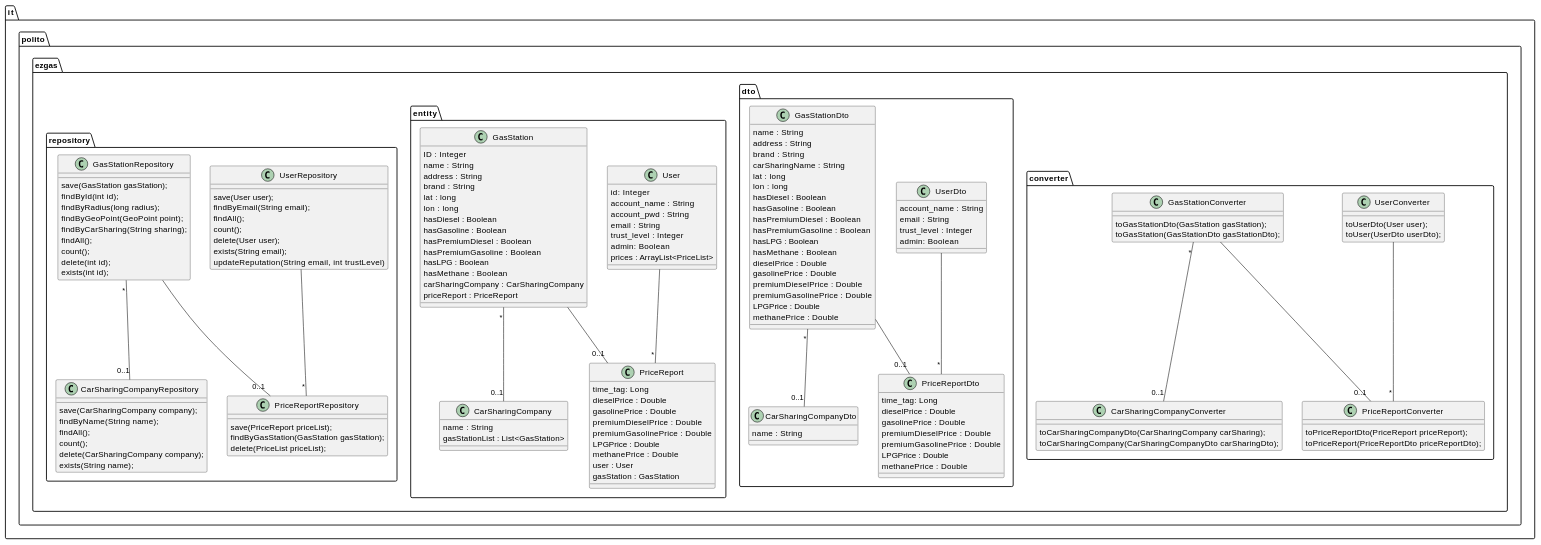
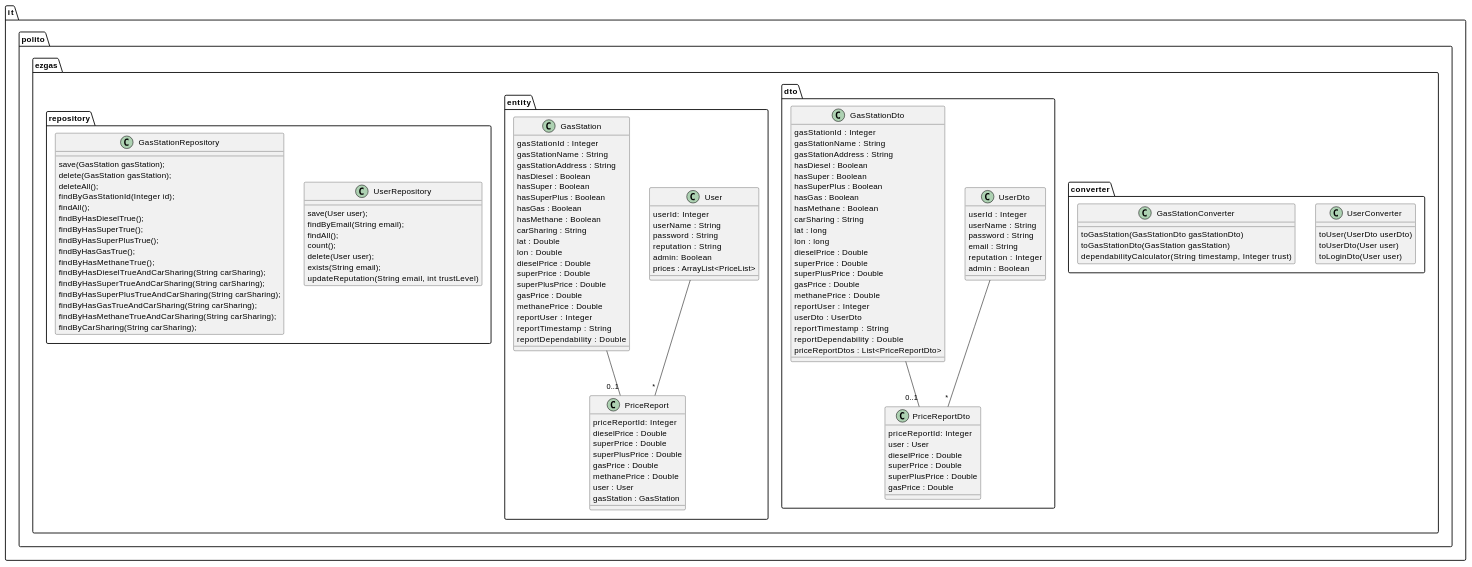
The fourth of 8 diagrams in docs/DesignDocument.md (peppep97/se1), drawn with PlantUML before and after one commit. The commit also changed other lines of this file, not shown here.

Commit message:
fix: fixed design document according to code

````diff
--- a/docs/DesignDocument.md
+++ b/docs/DesignDocument.md
@@ -227,73 +231,63 @@
 
 package "it.polito.ezgas.converter" {
     class UserConverter {
-toUserDto(User user);
-toUser(UserDto userDto);
+toUser(UserDto userDto)
+toUserDto(User user)
+toLoginDto(User user)
 }
 
 class GasStationConverter {
-toGasStationDto(GasStation gasStation);
-toGasStation(GasStationDto gasStationDto);
+toGasStation(GasStationDto gasStationDto)
+toGasStationDto(GasStation gasStation)
+dependabilityCalculator(String timestamp, Integer trust)
 }
-
-class CarSharingCompanyConverter {
- toCarSharingCompanyDto(CarSharingCompany carSharing);
-toCarSharingCompany(CarSharingCompanyDto carSharingDto);
-}
-class PriceReportConverter {
- toPriceReportDto(PriceReport priceReport);
-toPriceReport(PriceReportDto priceReportDto);
-}
-
-GasStationConverter "*" -- "0..1" CarSharingCompanyConverter
-GasStationConverter  -- "0..1" PriceReportConverter
-UserConverter -- "*" PriceReportConverter
 }
 
 package "it.polito.ezgas.dto" {
 
-    class UserDto {
- account_name : String
- email : String
- trust_level : Integer
- admin: Boolean
+class UserDto {
+  userId : Integer
+  userName : String
+  password : String
+  email : String
+  reputation : Integer
+  admin : Boolean
 }
 
 class GasStationDto {
- name : String
- address : String
- brand : String
- carSharingName : String
+ gasStationId : Integer
+ gasStationName : String
+ gasStationAddress : String
+ hasDiesel : Boolean
+ hasSuper : Boolean
+ hasSuperPlus : Boolean
+ hasGas : Boolean
+ hasMethane : Boolean
+ carSharing : String
  lat : long
  lon : long
- hasDiesel : Boolean
- hasGasoline : Boolean
- hasPremiumDiesel : Boolean
- hasPremiumGasoline : Boolean
- hasLPG : Boolean
- hasMethane : Boolean
  dieselPrice : Double
- gasolinePrice : Double
- premiumDieselPrice : Double
- premiumGasolinePrice : Double
- LPGPrice : Double
+ superPrice : Double
+ superPlusPrice : Double
+ gasPrice : Double
  methanePrice : Double
+ reportUser : Integer
+ userDto : UserDto
+ reportTimestamp : String
+ reportDependability : Double
+ priceReportDtos : List<PriceReportDto>
 }
 
-class CarSharingCompanyDto {
- name : String
-}
+
 class PriceReportDto {
- time_tag: Long
+ priceReportId: Integer
+ user : User
  dieselPrice : Double
- gasolinePrice : Double
- premiumDieselPrice : Double
- premiumGasolinePrice : Double
- LPGPrice : Double
- methanePrice : Double
+ superPrice : Double
+ superPlusPrice : Double
+ gasPrice : Double
 }
 
-GasStationDto "*" -- "0..1" CarSharingCompanyDto
 GasStationDto  -- "0..1" PriceReportDto
 UserDto -- "*" PriceReportDto
 
@@ -302,49 +296,47 @@
 package "it.polito.ezgas.entity" {
 
 class User {
- id: Integer
- account_name : String
- account_pwd : String
- email : String
- trust_level : Integer
+ userId: Integer
+ userName : String
+ password : String
+ reputation : String
  admin: Boolean
  prices : ArrayList<PriceList>
 }
 
 class GasStation {
- ID : Integer
- name : String
- address : String
- brand : String
- lat : long
- lon : long
+ gasStationId : Integer
+ gasStationName : String
+ gasStationAddress : String
  hasDiesel : Boolean
- hasGasoline : Boolean
- hasPremiumDiesel : Boolean
- hasPremiumGasoline : Boolean
- hasLPG : Boolean
+ hasSuper : Boolean
+ hasSuperPlus : Boolean
+ hasGas : Boolean
  hasMethane : Boolean
- carSharingCompany : CarSharingCompany
- priceReport : PriceReport
+ carSharing : String
+ lat : Double
+ lon : Double
+ dieselPrice : Double
+ superPrice : Double
+ superPlusPrice : Double
+ gasPrice : Double
+ methanePrice : Double
+ reportUser : Integer
+ reportTimestamp : String
+ reportDependability : Double
 }
 
-class CarSharingCompany {
- name : String
- gasStationList : List<GasStation>
-}
 class PriceReport {
- time_tag: Long
+ priceReportId: Integer
  dieselPrice : Double
- gasolinePrice : Double
- premiumDieselPrice : Double
- premiumGasolinePrice : Double
- LPGPrice : Double
+ superPrice : Double
+ superPlusPrice : Double
+ gasPrice : Double
  methanePrice : Double
  user : User
  gasStation : GasStation
 }
 
-GasStation "*" -- "0..1" CarSharingCompany
 GasStation  -- "0..1" PriceReport
 User -- "*" PriceReport
 
@@ -363,33 +355,23 @@
 
 class GasStationRepository {
     save(GasStation gasStation);
-    findById(int id);
-    findByRadius(long radius);
-    findByGeoPoint(GeoPoint point);
-    findByCarSharing(String sharing);
-    findAll();
-    count();
-    delete(int id);
-    exists(int id);
+	delete(GasStation gasStation);
+	deleteAll();
+	findByGasStationId(Integer id);
+	findAll();
+	findByHasDieselTrue();
+	findByHasSuperTrue();
+	findByHasSuperPlusTrue();
+	findByHasGasTrue();
+	findByHasMethaneTrue();
+	findByHasDieselTrueAndCarSharing(String carSharing);
+	findByHasSuperTrueAndCarSharing(String carSharing);
+	findByHasSuperPlusTrueAndCarSharing(String carSharing);
+	findByHasGasTrueAndCarSharing(String carSharing);
+	findByHasMethaneTrueAndCarSharing(String carSharing);
+	findByCarSharing(String carSharing);
 }
 
-class CarSharingCompanyRepository {
-    save(CarSharingCompany company);
-    findByName(String name);
-    findAll();
-    count();
-    delete(CarSharingCompany company);
-    exists(String name);
-}
-class PriceReportRepository {
- save(PriceReport priceList);
- findByGasStation(GasStation gasStation);
- delete(PriceList priceList);
-}
-
-GasStationRepository "*" -- "0..1" CarSharingCompanyRepository
-GasStationRepository  -- "0..1" PriceReportRepository
-UserRepository -- "*" PriceReportRepository
 }
 @enduml
 ```
````
